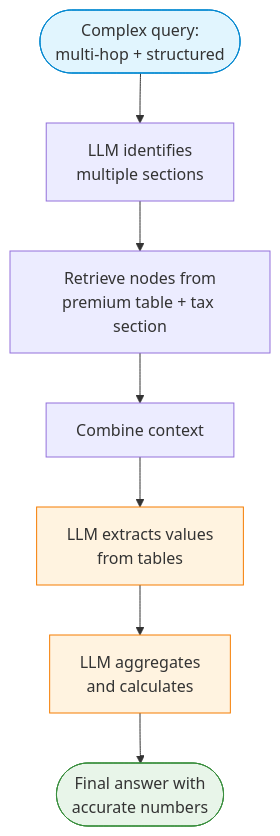
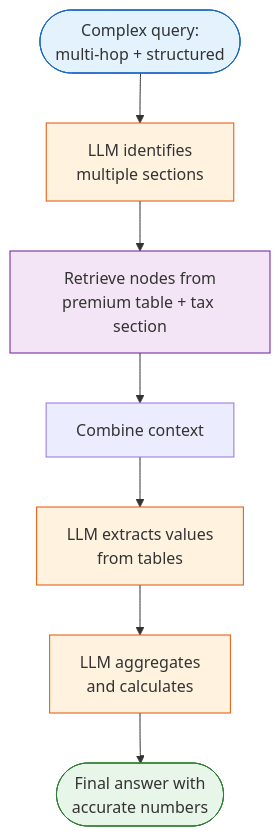
The third of 6 diagrams in lab2/lab2_vectorless_rag_advanced.md (AyushSinghRana15/Vectorless-RAG), drawn with Mermaid before and after one commit. The commit also changed other lines of this file and 1 other file, not shown here.

Commit message:
Standardize Mermaid diagram colors across both labs

````diff
--- a/lab2/lab2_vectorless_rag_advanced.md
+++ b/lab2/lab2_vectorless_rag_advanced.md
@@ -81,14 +83,16 @@
 ```mermaid
 flowchart TD
     A(["Complex query:\nmulti-hop + structured"]) --> B["LLM identifies\nmultiple sections"]
     B --> C["Retrieve nodes from\npremium table + tax section"]
     C --> D["Combine context"]
     D --> E["LLM extracts values\nfrom tables"]
     E --> F["LLM aggregates\nand calculates"]
     F --> G(["Final answer with\naccurate numbers"])
 
-    style A fill:#e1f5fe,stroke:#0288d1
-    style G fill:#e8f5e9,stroke:#388e3c
-    style E fill:#fff3e0,stroke:#f57c00
-    style F fill:#fff3e0,stroke:#f57c00
+    style A fill:#e3f2fd,stroke:#1565c0
+    style G fill:#e8f5e9,stroke:#2e7d32
+    style B fill:#fff3e0,stroke:#e65100
+    style E fill:#fff3e0,stroke:#e65100
+    style F fill:#fff3e0,stroke:#e65100
+    style C fill:#f3e5f5,stroke:#6a1b9a
 ```
````
